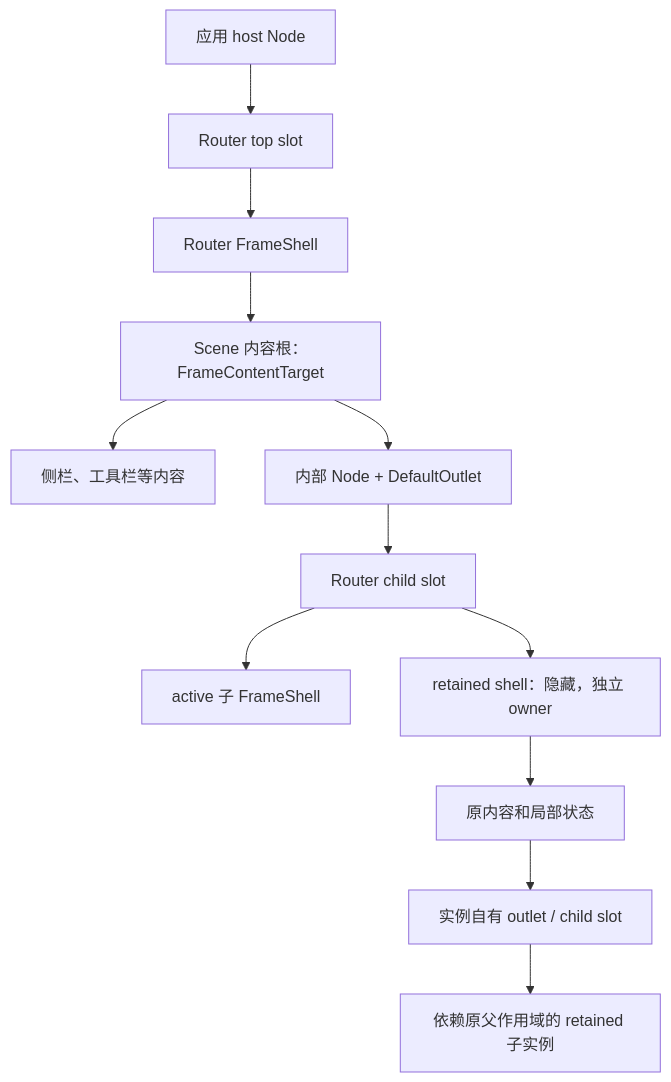
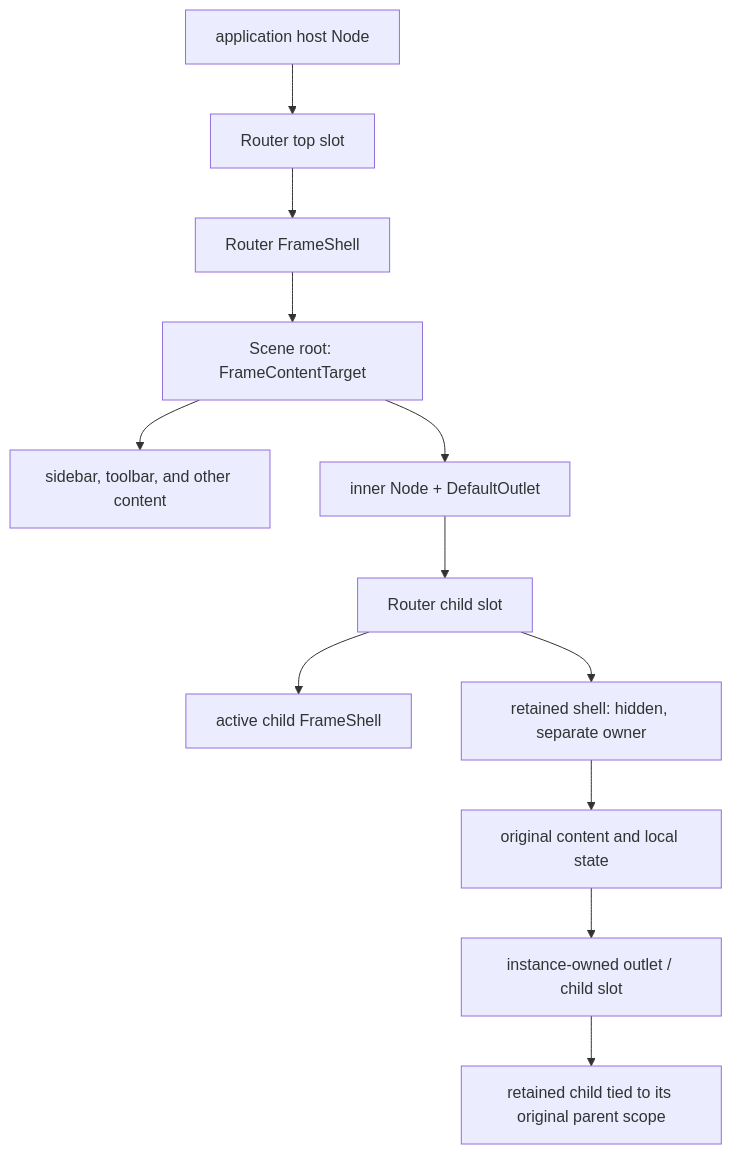
Before and after one commit to shengyusi-SYS/bevy_ui_router: the first of 3 diagrams in docs/architecture/runtime.md, drawn with Mermaid. The commit also changed other lines of this file and 73 other files, not shown here.

````diff
--- a/docs/architecture/runtime.md
+++ b/docs/architecture/runtime.md
@@ -11,14 +11,14 @@
 ```mermaid
 flowchart TD
-    Host["应用 host Node"] --> Top["Router top slot"]
+    Host["application host Node"] --> Top["Router top slot"]
     Top --> Shell["Router FrameShell"]
-    Shell --> Root["Scene 内容根：FrameContentTarget"]
-    Root --> Layout["侧栏、工具栏等内容"]
-    Root --> Outlet["内部 Node + DefaultOutlet"]
+    Shell --> Root["Scene root: FrameContentTarget"]
+    Root --> Layout["sidebar, toolbar, and other content"]
+    Root --> Outlet["inner Node + DefaultOutlet"]
     Outlet --> Slot["Router child slot"]
-    Slot --> ChildShell["active 子 FrameShell"]
-    Slot --> Retained["retained shell：隐藏，独立 owner"]
-    Retained --> CachedRoot["原内容和局部状态"]
-    CachedRoot --> CachedOutlet["实例自有 outlet / child slot"]
-    CachedOutlet --> CachedChild["依赖原父作用域的 retained 子实例"]
+    Slot --> ChildShell["active child FrameShell"]
+    Slot --> Retained["retained shell: hidden, separate owner"]
+    Retained --> CachedRoot["original content and local state"]
+    CachedRoot --> CachedOutlet["instance-owned outlet / child slot"]
+    CachedOutlet --> CachedChild["retained child tied to its original parent scope"]
 ```
````
